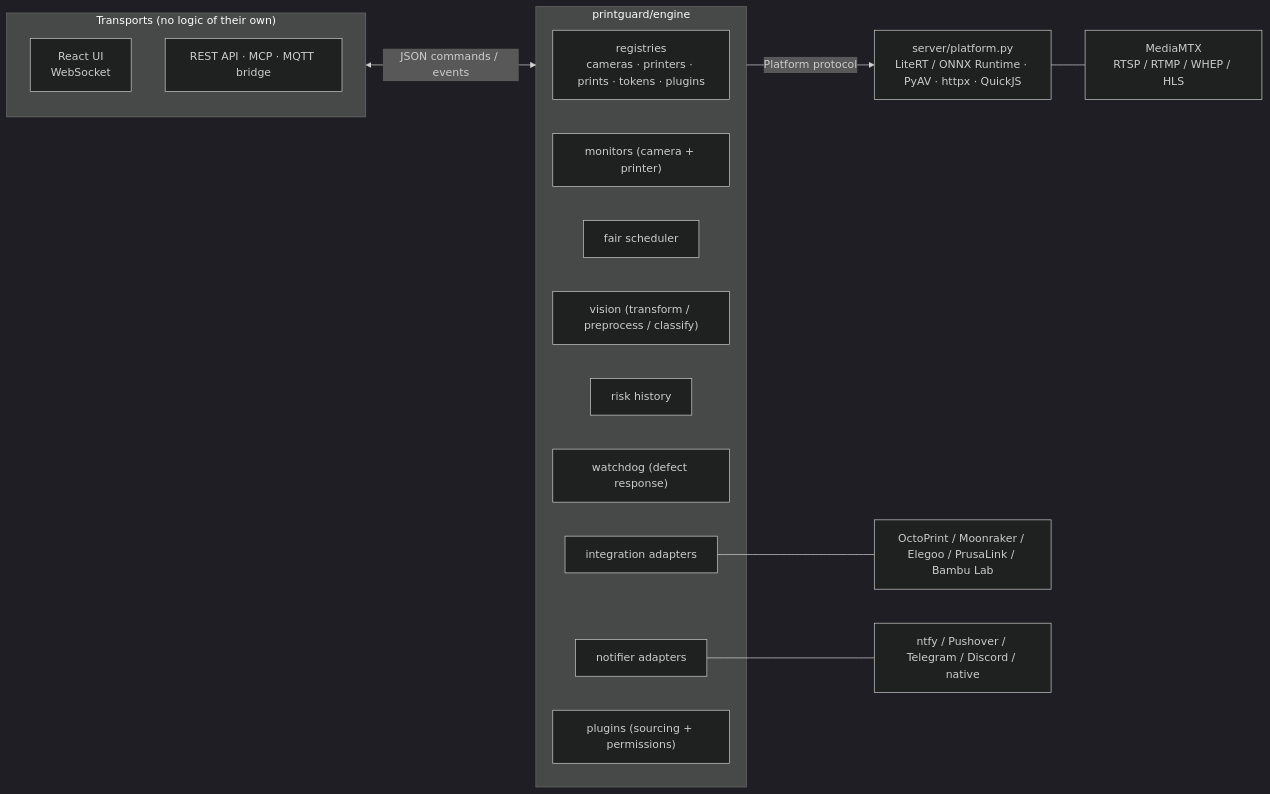
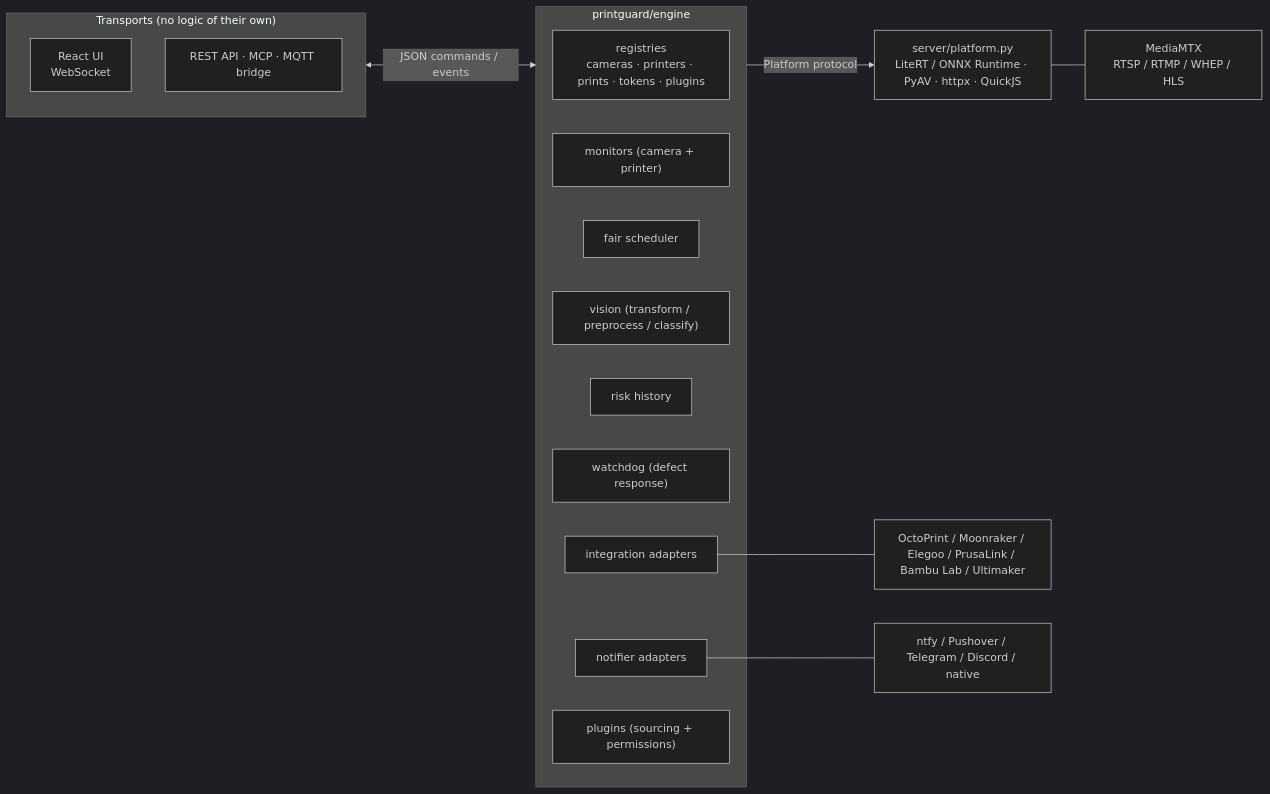
The first of 5 diagrams in docs/architecture.md (oliverbravery/PrintGuard), drawn with Mermaid (dark theme) before and after one commit. The commit also changed other lines of this file and 11 other files, not shown here.

````diff
--- a/docs/architecture.md
+++ b/docs/architecture.md
@@ -33,26 +33,26 @@
 ```mermaid
 flowchart LR
     subgraph transports["Transports (no logic of their own)"]
         ui["React UI<br/>WebSocket"]
         surface["REST API · MCP · MQTT bridge"]
     end
 
     subgraph engine["printguard/engine"]
         registry["registries<br/>cameras · printers · prints · tokens · plugins"]
         monitors["monitors (camera + printer)"]
         scheduler["fair scheduler"]
         vision["vision (transform / preprocess / classify)"]
         history["risk history"]
         watchdog["watchdog (defect response)"]
         integrations["integration adapters"]
         notifiers["notifier adapters"]
         plugins["plugins (sourcing + permissions)"]
     end
 
     transports <-- "JSON commands / events" --> engine
     engine -- "Platform protocol" --> server["server/platform.py<br/>LiteRT / ONNX Runtime · PyAV · httpx · QuickJS"]
 
     server --- mediamtx["MediaMTX<br/>RTSP / RTMP / WHEP / HLS"]
-    integrations --- printersvc["OctoPrint / Moonraker / Elegoo / PrusaLink / Bambu Lab"]
+    integrations --- printersvc["OctoPrint / Moonraker / Elegoo / PrusaLink / Bambu Lab / Ultimaker"]
     notifiers --- push["ntfy / Pushover / Telegram / Discord / native"]
 ```
````
